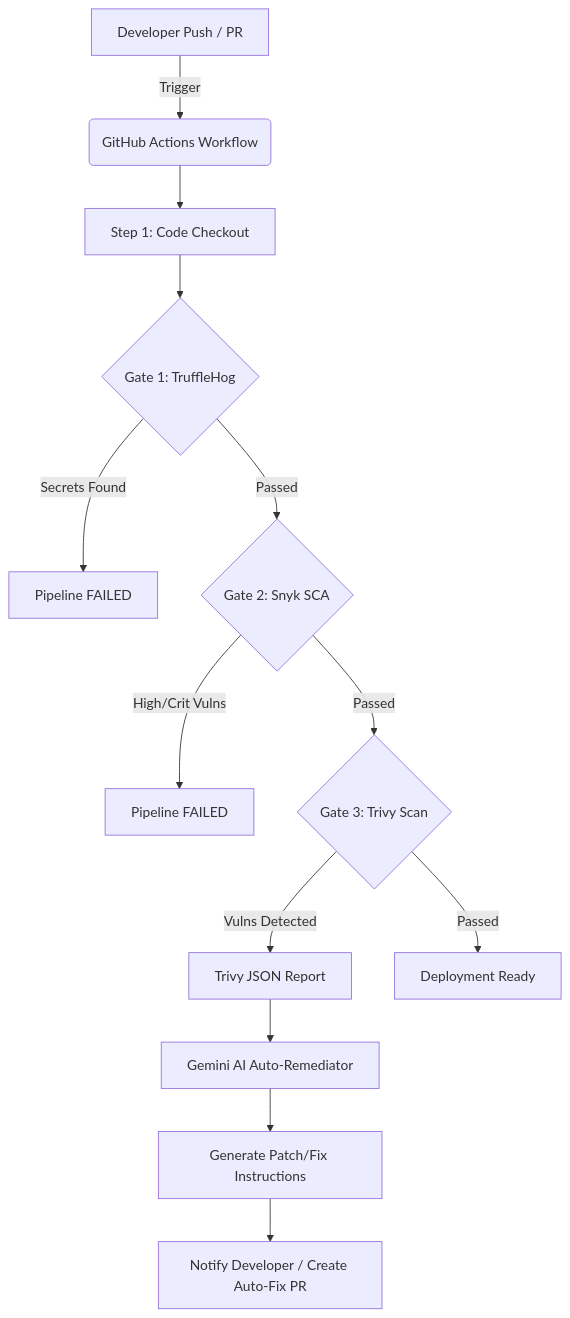
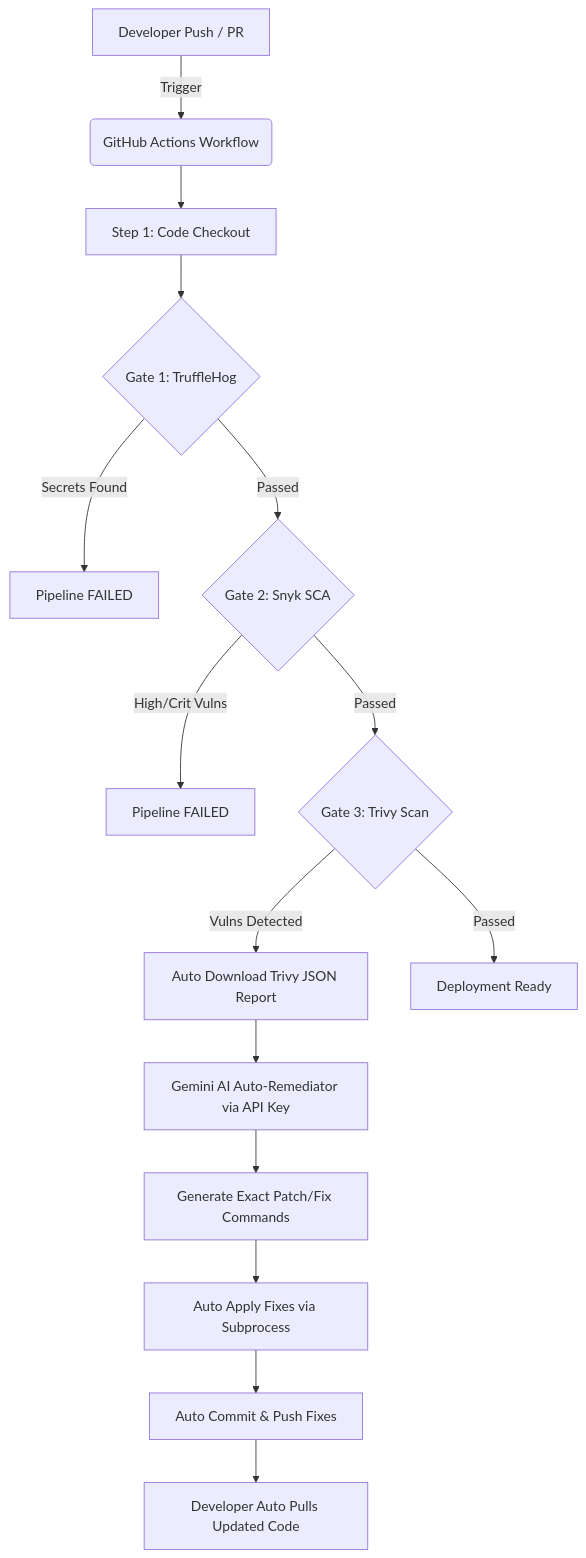
The diagram in README.md (vaseflamingoseguru205-debug/PixelCraft_AI), drawn with Mermaid before and after one commit. The commit also changed other lines of this file, not shown here.

Commit message:
Update README with new AI auto-remediation features

````diff
--- a/README.md
+++ b/README.md
@@ -17,16 +17,18 @@
 ```mermaid
 graph TD
     A[Developer Push / PR] -->|Trigger| B(GitHub Actions Workflow)
     B --> C[Step 1: Code Checkout]
     C --> D{Gate 1: TruffleHog}
     D -->|Secrets Found| E[Pipeline FAILED]
     D -->|Passed| F{Gate 2: Snyk SCA}
     F -->|High/Crit Vulns| G[Pipeline FAILED]
     F -->|Passed| H{Gate 3: Trivy Scan}
-    H -->|Vulns Detected| I[Trivy JSON Report]
+    H -->|Vulns Detected| I[Auto Download Trivy JSON Report]
     H -->|Passed| J[Deployment Ready]
     
-    I --> K[Gemini AI Auto-Remediator]
-    K --> L[Generate Patch/Fix Instructions]
-    L --> M[Notify Developer / Create Auto-Fix PR]
+    I --> K[Gemini AI Auto-Remediator via API Key]
+    K --> L[Generate Exact Patch/Fix Commands]
+    L --> M[Auto Apply Fixes via Subprocess]
+    M --> N[Auto Commit & Push Fixes]
+    N --> O[Developer Auto Pulls Updated Code]
 ```
````
